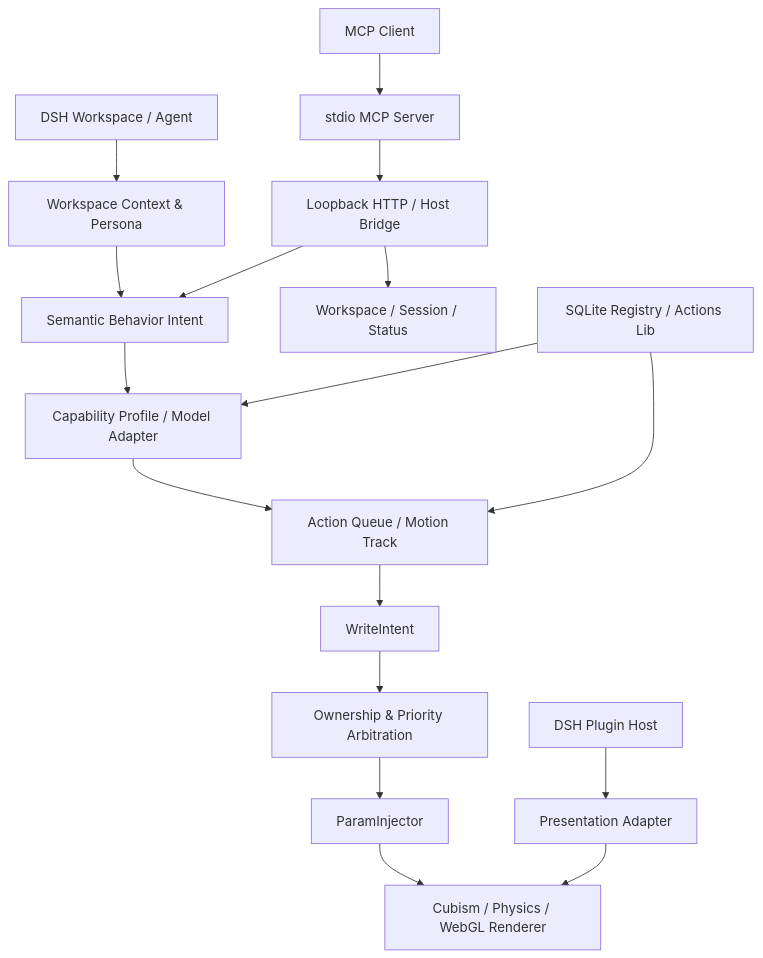
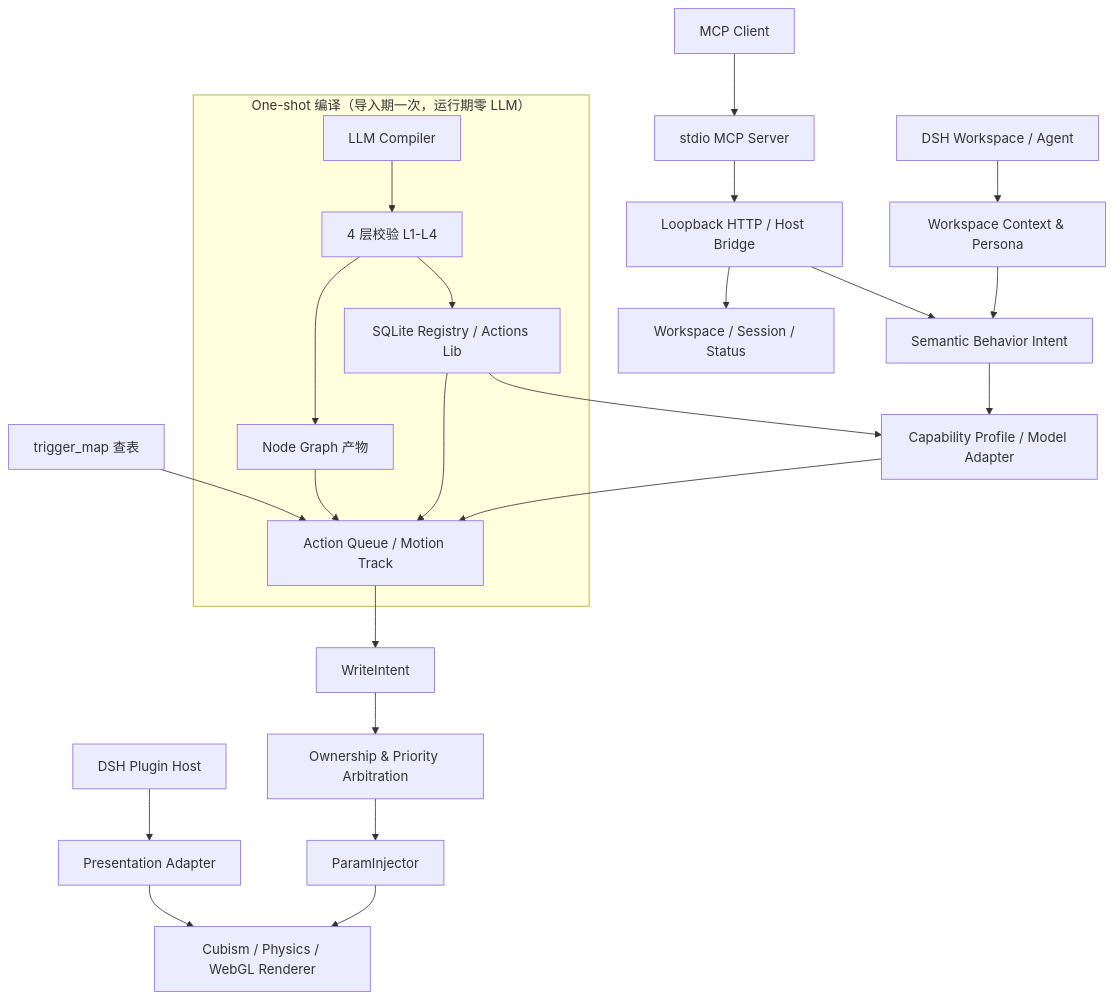
One commit to tequed232/DSH-L2D changed the diagram in README.md. Above: the diagram before and after it, drawn with Mermaid. The commit also changed other lines of this file, not shown here.

First line of the commit message:
docs(readme): 更新 One-shot 编译架构、触发层与状态口径

```diff
--- a/README.md
+++ b/README.md
@@ -123,22 +128,30 @@
 ~~~mermaid
 flowchart TB
     A["DSH Workspace / Agent"] --> B["Workspace Context & Persona"]
     B --> C["Semantic Behavior Intent"]
     C --> D["Capability Profile / Model Adapter"]
     D --> E["Action Queue / Motion Track"]
     E --> F["WriteIntent"]
     F --> G["Ownership & Priority Arbitration"]
     G --> H["ParamInjector"]
     H --> I["Cubism / Physics / WebGL Renderer"]
 
     J["MCP Client"] --> K["stdio MCP Server"]
     K --> L["Loopback HTTP / Host Bridge"]
     L --> C
     L --> M["Workspace / Session / Status"]
 
     N["DSH Plugin Host"] --> O["Presentation Adapter"]
     O --> I
 
     P["SQLite Registry / Actions Lib"] --> D
     P --> E
+
+    subgraph OACA["One-shot 编译（导入期一次，运行期零 LLM）"]
+        X["LLM Compiler"] --> Y["4 层校验 L1-L4"]
+        Y --> P
+        Y --> Z["Node Graph 产物"]
+        Z --> E
+    end
+    T["trigger_map 查表"] --> E
 ~~~
```
